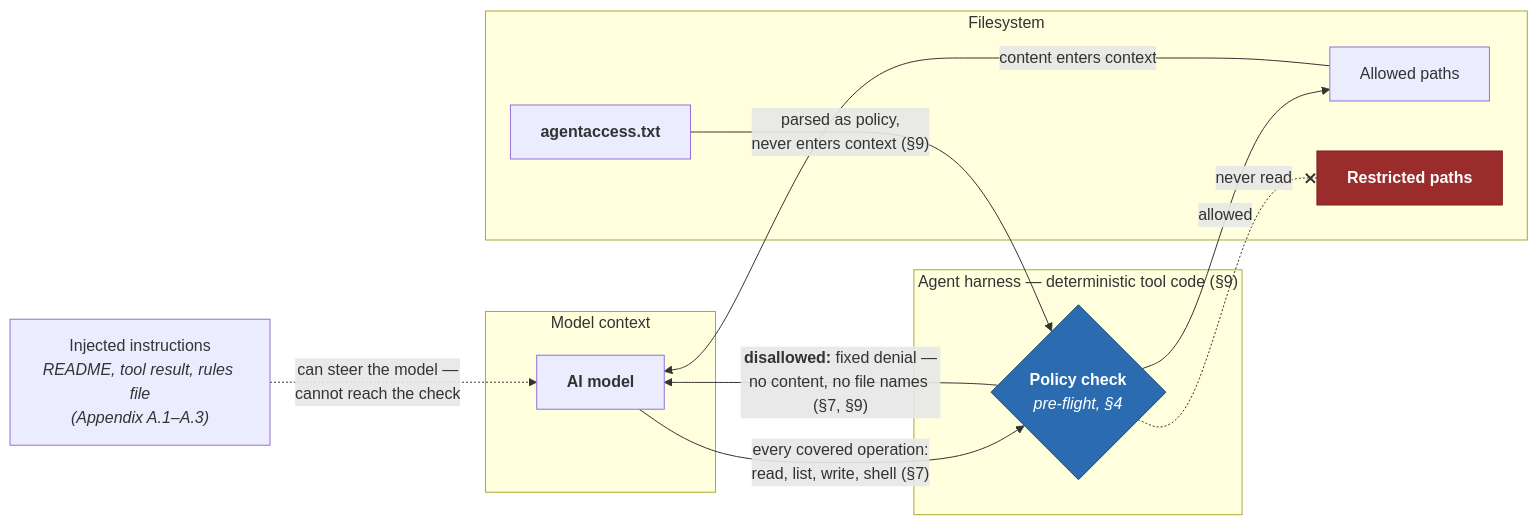
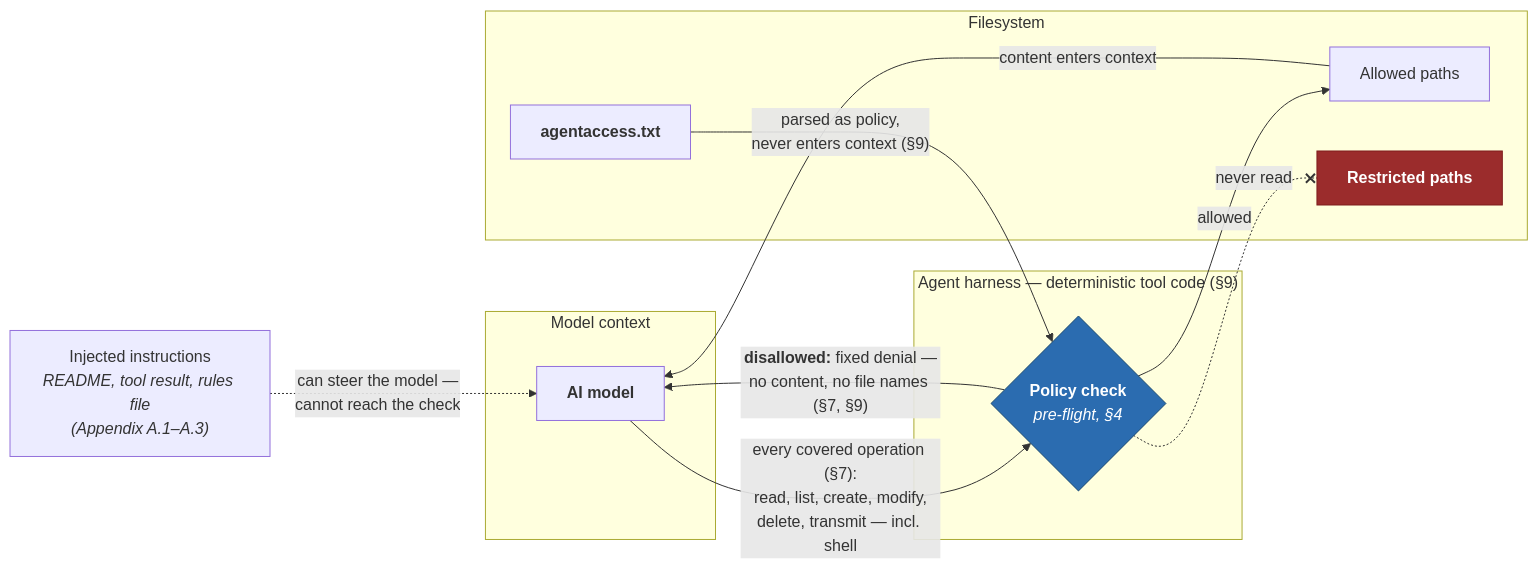
Before and after one commit to agentaccesstxt/agentaccess.txt: the diagram in README.md, drawn with Mermaid. The commit also changed other lines of this file and 5 other files, not shown here.

````diff
--- a/README.md
+++ b/README.md
@@ -50,30 +50,30 @@
 ```mermaid
 graph LR
     Injected["Injected instructions<br/><i>README, tool result, rules file<br/>(Appendix A.1–A.3)</i>"] -.->|"can steer the model —<br/>cannot reach the check"| Model
 
     subgraph MC ["Model context"]
         Model["<b>AI model</b>"]
     end
 
     subgraph H ["Agent harness — deterministic tool code (§9)"]
         Check{"<b>Policy check</b><br/><i>pre-flight, §4</i>"}
     end
 
     subgraph FS ["Filesystem"]
         Policy["<b>agentaccess.txt</b>"]
         AllowedPaths["Allowed paths"]
         RestrictedPaths["<b>Restricted paths</b>"]
     end
 
-    Model -->|"every covered operation:<br/>read, list, write, shell (§7)"| Check
+    Model -->|"every covered operation (§7):<br/>read, list, create, modify,<br/>delete, transmit — incl. shell"| Check
     Policy -->|"parsed as policy,<br/>never enters context (§9)"| Check
     Check -->|"allowed"| AllowedPaths
     AllowedPaths -->|"content enters context"| Model
     Check -->|"<b>disallowed:</b> fixed denial —<br/>no content, no file names (§7, §9)"| Model
     Check -. "never read" .-x RestrictedPaths
 
     classDef check fill:#2b6cb0,stroke:#1a4971,color:#fff
     classDef restricted fill:#9b2c2c,stroke:#7f1d1d,color:#fff
     class Check check
     class RestrictedPaths restricted
 ```
````
